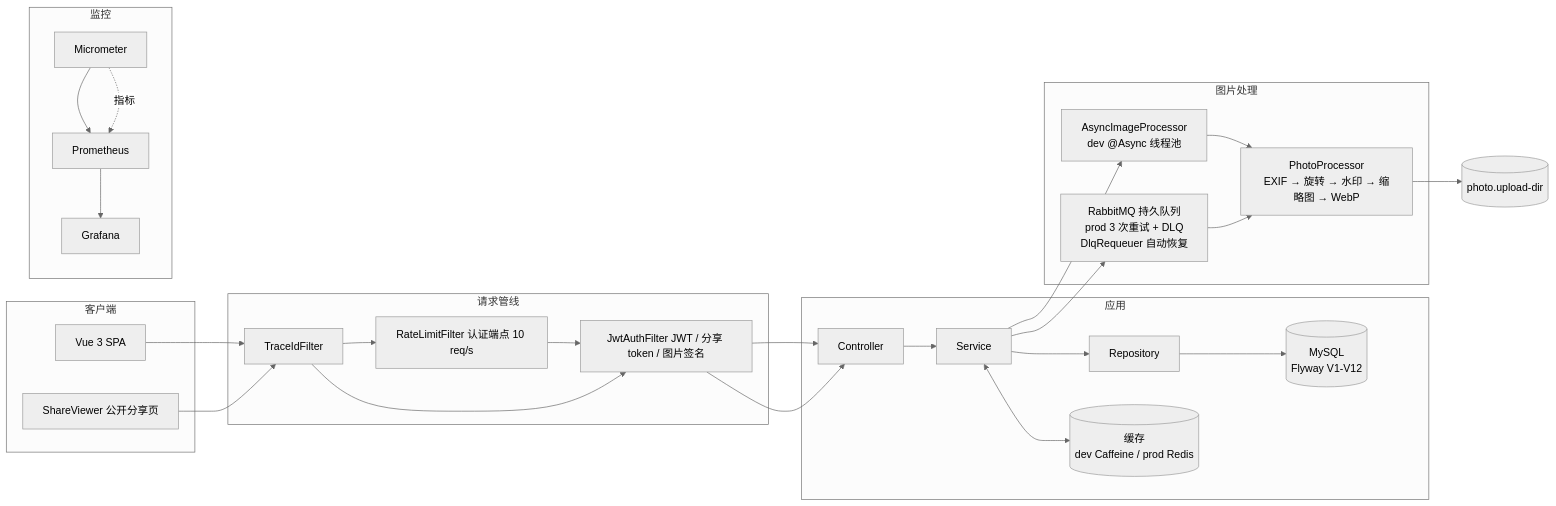
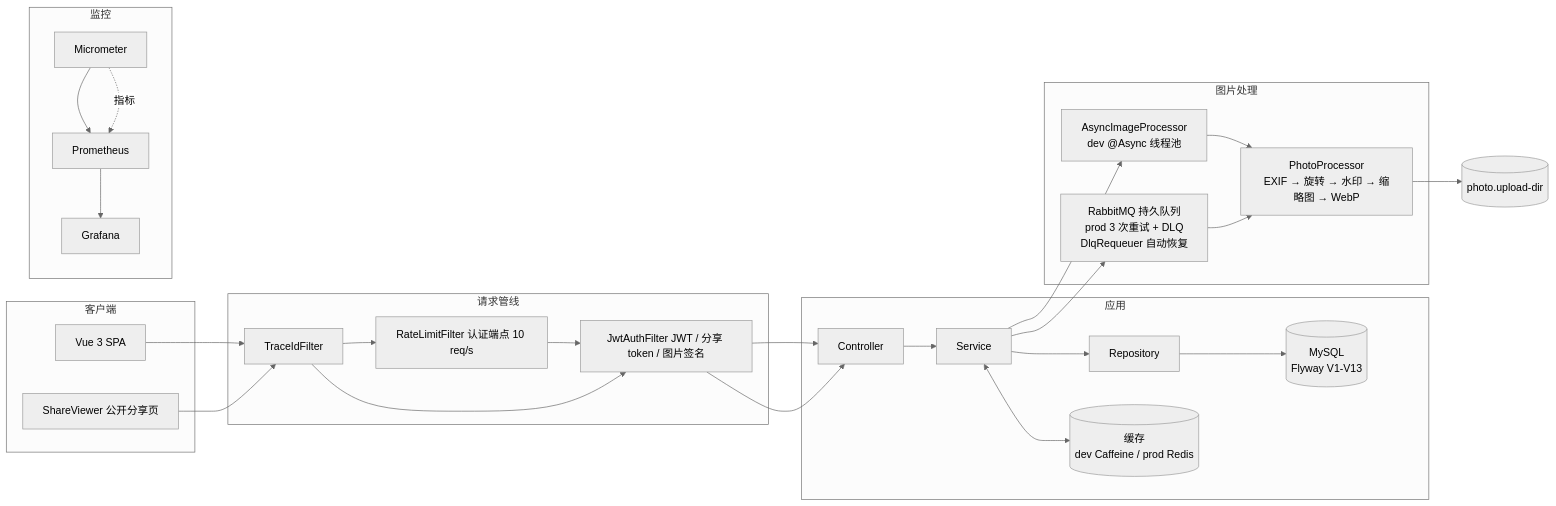
Before and after one commit to LJ000003/photo-gallery: the diagram in README.md, drawn with Mermaid (neutral theme). The commit also changed other lines of this file and 2 other files, not shown here.

Commit message:
docs: 同步过时数字——测试数 463/143、Flyway V1-V13、Grafana 512M（README + 详细说明中英）
- README：后端 419→463（surefire 汇总 465，JaCoCo 实测 76%→79%）、前端 135→143、
  架构图 Flyway V1-V12→V1-V13
- 详细说明中英：容器资源表 Grafana 256M→512M（lightweight 模式，首启秒级）、
  内存合计 2.1GB→2.4GB（2C4G）
- MQ 重试队列删除提示改为「仅旧队列一次性迁移」——TTL 已改消息级 expiration（eeb3eaa），
  调整 TTL 无需删队列
- V12 迁移说明补 V13（description 扩 500）；文件树注释同步 V1-V13

````diff
--- a/README.md
+++ b/README.md
@@ -11,28 +11,28 @@
 ```mermaid
 flowchart LR
     subgraph 客户端
         SPA[Vue 3 SPA]
         SHARE[ShareViewer 公开分享页]
     end
     subgraph 请求管线
         F1[TraceIdFilter]
         F2[RateLimitFilter 认证端点 10 req/s]
         F3[JwtAuthFilter JWT / 分享 token / 图片签名]
     end
     subgraph 应用
-        C[Controller] --> S[Service] --> R[Repository] --> DB[(MySQL<br/>Flyway V1-V12)]
+        C[Controller] --> S[Service] --> R[Repository] --> DB[(MySQL<br/>Flyway V1-V13)]
         S <--> CACHE[(缓存<br/>dev Caffeine / prod Redis)]
     end
     subgraph 图片处理
         A1[AsyncImageProcessor<br/>dev @Async 线程池]
         A2[RabbitMQ 持久队列<br/>prod 3 次重试 + DLQ<br/>DlqRequeuer 自动恢复]
         PROC[PhotoProcessor<br/>EXIF → 旋转 → 水印 → 缩略图 → WebP]
     end
     subgraph 监控
         M[Micrometer] --> PR[Prometheus] --> G[Grafana]
     end
     SPA --> F1 --> F2 --> F3 --> C
     SHARE --> F1 --> F3 --> C
     S --> A1 & A2 --> PROC --> STOR[(photo.upload-dir)]
     M -. 指标 .-> PR
 ```
````
